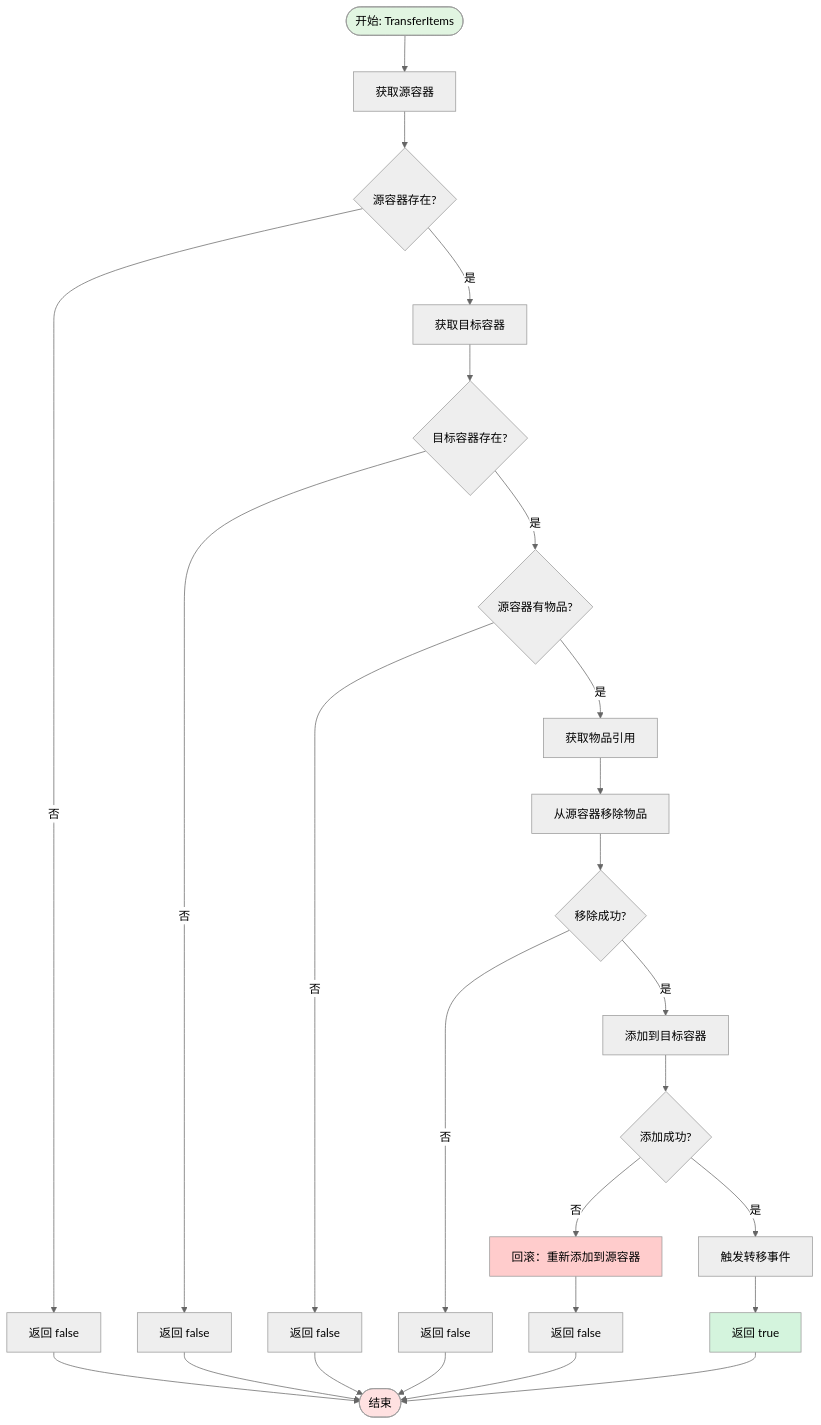
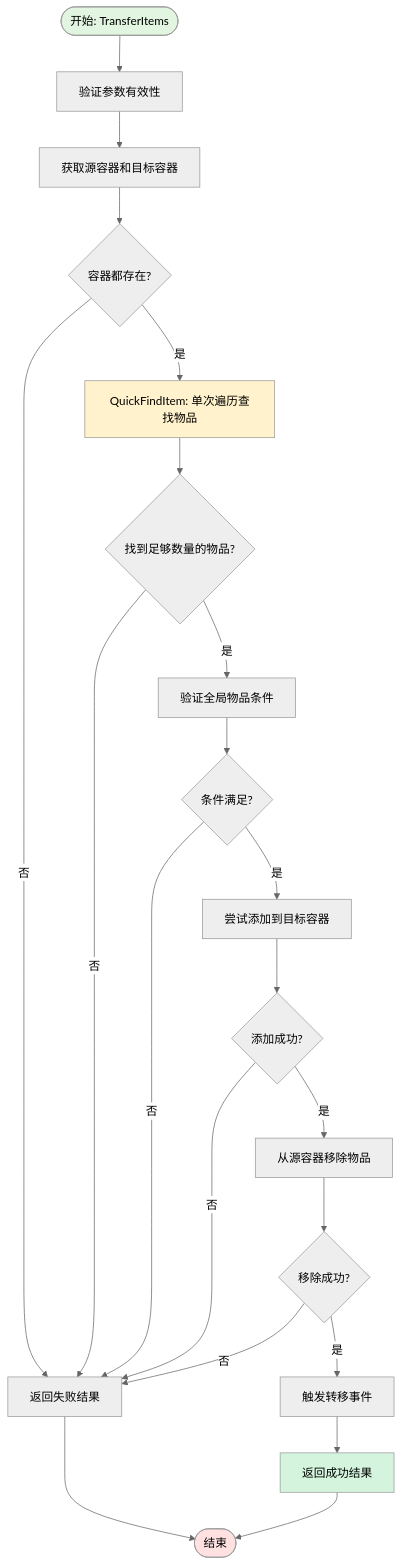
The sixth of 14 diagrams in 03_CoreSystems/Inventory/Document/Diagrams.md (CutrelyAlex/UnityEasyPack), drawn with Mermaid (neutral theme) before and after one commit. The commit also changed other lines of this file and 2 other files, not shown here.

Commit message:
doc: 更新Inventory文档

````diff
--- a/03_CoreSystems/Inventory/Document/Diagrams.md
+++ b/03_CoreSystems/Inventory/Document/Diagrams.md
@@ -480,40 +480,36 @@
 ```mermaid
 flowchart TD
-    Start([开始: TransferItems]) --> GetSourceContainer[获取源容器]
+    Start([开始: TransferItems]) --> ValidateParams[验证参数有效性]
     
-    GetSourceContainer --> CheckSourceExists{源容器存在?}
-    CheckSourceExists -->|否| ReturnFalse1[返回 false]
-    CheckSourceExists -->|是| GetTargetContainer[获取目标容器]
+    ValidateParams --> GetContainers[获取源容器和目标容器]
     
-    GetTargetContainer --> CheckTargetExists{目标容器存在?}
-    CheckTargetExists -->|否| ReturnFalse2[返回 false]
-    CheckTargetExists -->|是| CheckItemInSource{源容器有物品?}
+    GetContainers --> CheckContainersExist{容器都存在?}
+    CheckContainersExist -->|否| ReturnFail[返回失败结果]
+    CheckContainersExist -->|是| QuickFind[QuickFindItem: 单次遍历查找物品]
     
-    CheckItemInSource -->|否| ReturnFalse3[返回 false]
-    CheckItemInSource -->|是| GetItemReference[获取物品引用]
+    QuickFind --> CheckItemFound{找到足够数量的物品?}
+    CheckItemFound -->|否| ReturnFail
+    CheckItemFound -->|是| ValidateConditions[验证全局物品条件]
     
-    GetItemReference --> RemoveFromSource[从源容器移除物品]
+    ValidateConditions --> CheckConditionsMet{条件满足?}
+    CheckConditionsMet -->|否| ReturnFail
+    CheckConditionsMet -->|是| TryAddToTarget[尝试添加到目标容器]
+    
+    TryAddToTarget --> CheckAddSuccess{添加成功?}
+    CheckAddSuccess -->|否| ReturnFail
+    CheckAddSuccess -->|是| RemoveFromSource[从源容器移除物品]
     
     RemoveFromSource --> CheckRemoveSuccess{移除成功?}
-    CheckRemoveSuccess -->|否| ReturnFalse4[返回 false]
-    CheckRemoveSuccess -->|是| AddToTarget[添加到目标容器]
+    CheckRemoveSuccess -->|否| ReturnFail
+    CheckRemoveSuccess -->|是| TriggerEvents[触发转移事件]
     
-    AddToTarget --> CheckAddSuccess{添加成功?}
-    CheckAddSuccess -->|否| Rollback[回滚：重新添加到源容器]
-    CheckAddSuccess -->|是| TriggerEvents[触发转移事件]
+    TriggerEvents --> ReturnSuccess[返回成功结果]
     
-    Rollback --> ReturnFalse5[返回 false]
-    TriggerEvents --> ReturnTrue[返回 true]
-    
-    ReturnFalse1 --> End([结束])
-    ReturnFalse2 --> End
-    ReturnFalse3 --> End
-    ReturnFalse4 --> End
-    ReturnFalse5 --> End
-    ReturnTrue --> End
+    ReturnFail --> End([结束])
+    ReturnSuccess --> End
     
     style Start fill:#e1f5e1
     style End fill:#ffe1e1
-    style Rollback fill:#ffcccc
-    style ReturnTrue fill:#d4f4dd
+    style QuickFind fill:#fff2cc
+    style ReturnSuccess fill:#d4f4dd
 ```
````
